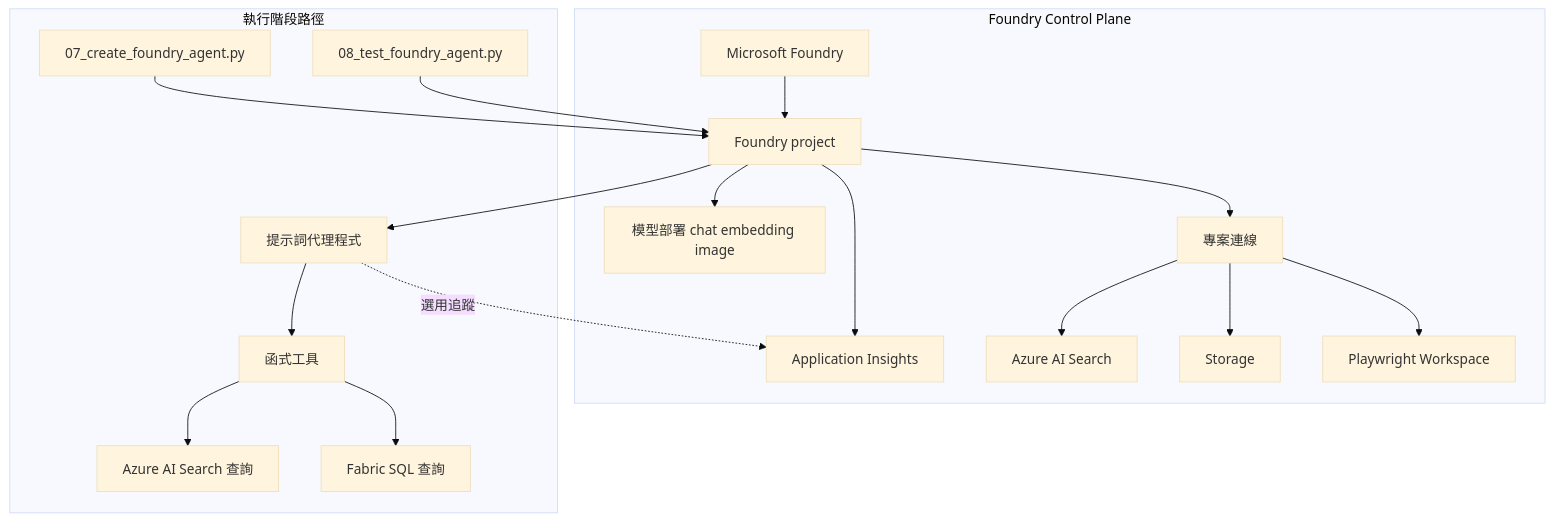
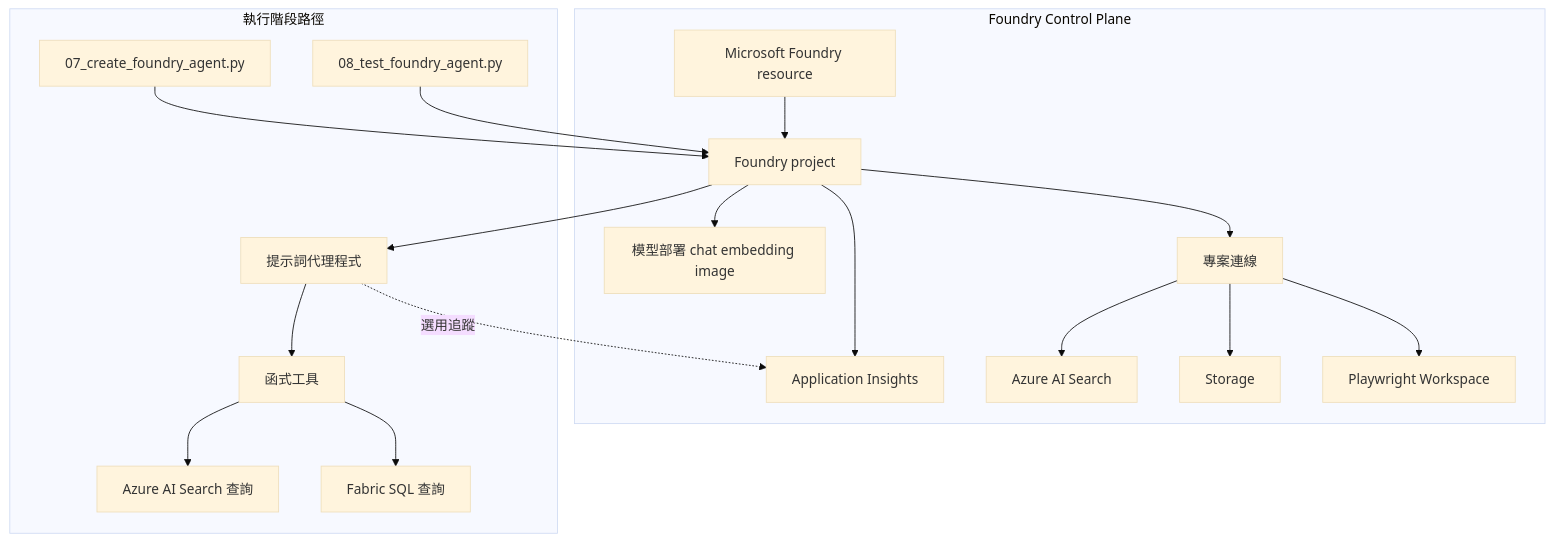
One commit to payton-chou-ms/e2e-ms-foundry-workshop changed the diagram in workshop/docs/03-understand/04-control-plane.md. Above: the diagram before and after it, drawn with Mermaid (base theme). The commit also changed other lines of this file, not shown here.

Commit message:
Refactor control plane documentation for clarity and structure, emphasizing key concepts and relationships between Foundry resources and projects.

````diff
--- a/workshop/docs/03-understand/04-control-plane.md
+++ b/workshop/docs/03-understand/04-control-plane.md
@@ -33,38 +98,38 @@
 ```mermaid
 flowchart TB
     subgraph ControlPlane[Foundry Control Plane]
-        A[Microsoft Foundry]
+        A[Microsoft Foundry resource]
         B[Foundry project]
         C[模型部署 chat embedding image]
         D[專案連線]
         E[Application Insights]
         F[Azure AI Search]
         G[Storage]
         N[Playwright Workspace]
     end
 
     subgraph Runtime[執行階段路徑]
         H[07_create_foundry_agent.py]
         I[08_test_foundry_agent.py]
         J[提示詞代理程式]
         K[函式工具]
         L[Azure AI Search 查詢]
         M[Fabric SQL 查詢]
     end
 
     A --> B
     B --> C
     B --> D
     B --> E
     D --> F
     D --> G
     D --> N
 
     H --> B
     I --> B
     B --> J
     J --> K
     K --> L
     K --> M
     J -. 選用追蹤 .-> E
 ```
````
